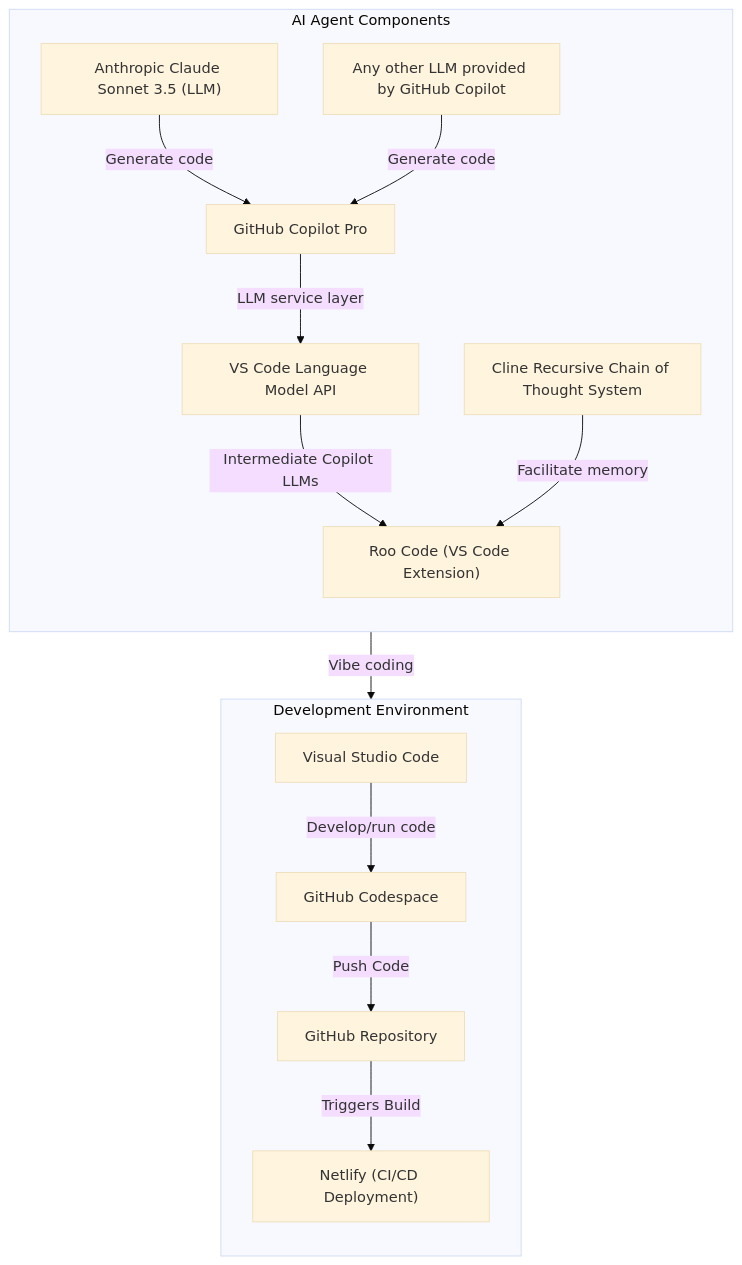
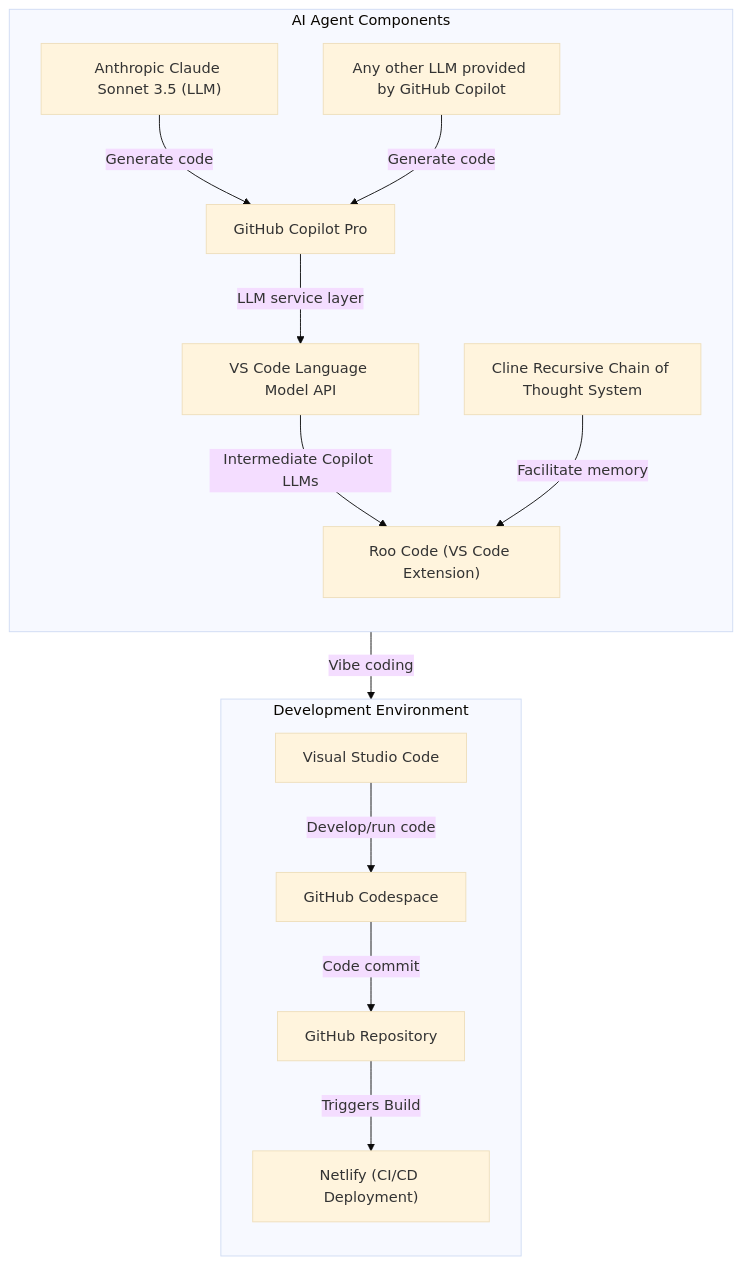
Before and after one commit to RickRinewalt/pipeline: the diagram in README.md, drawn with Mermaid (base theme).

````diff
--- a/README.md
+++ b/README.md
@@ -18,32 +18,32 @@
 ```mermaid
 graph TB
     subgraph AI [AI Agent Components]
         direction TB
         roo["Roo Code (VS Code Extension)"]
         crct["Cline Recursive Chain of Thought System"]
         vscode_lmapi[VS Code Language Model API]
         github_copilot[GitHub Copilot Pro]
         sonnet["Anthropic Claude Sonnet 3.5 (LLM)"]
         other_model["Any other LLM provided by GitHub Copilot"]
     end
 
     subgraph DEV [Development Environment]
         direction TB
         vscode[Visual Studio Code]
         codespace[GitHub Codespace]
         github["GitHub Repository"]
         netlify["Netlify (CI/CD Deployment)"]
     end
 
     sonnet --> |Generate code| github_copilot
     other_model --> |Generate code| github_copilot
     github_copilot --> |LLM service layer| vscode_lmapi
     vscode_lmapi --> |Intermediate Copilot LLMs| roo
     crct --> |Facilitate memory| roo
     roo --> |Vibe coding| codespace
 
     vscode --> |Develop/run code| codespace
-    codespace --> |Push Code| github
+    codespace --> |Code commit| github
     github --> |Triggers Build| netlify
 
 ```
````
